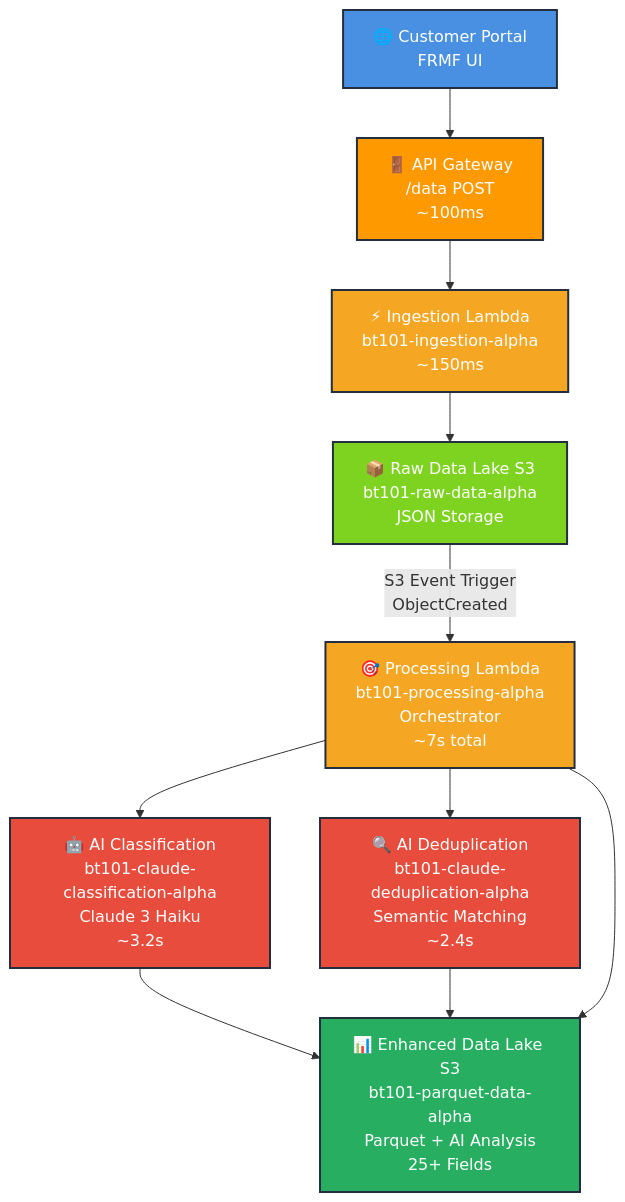
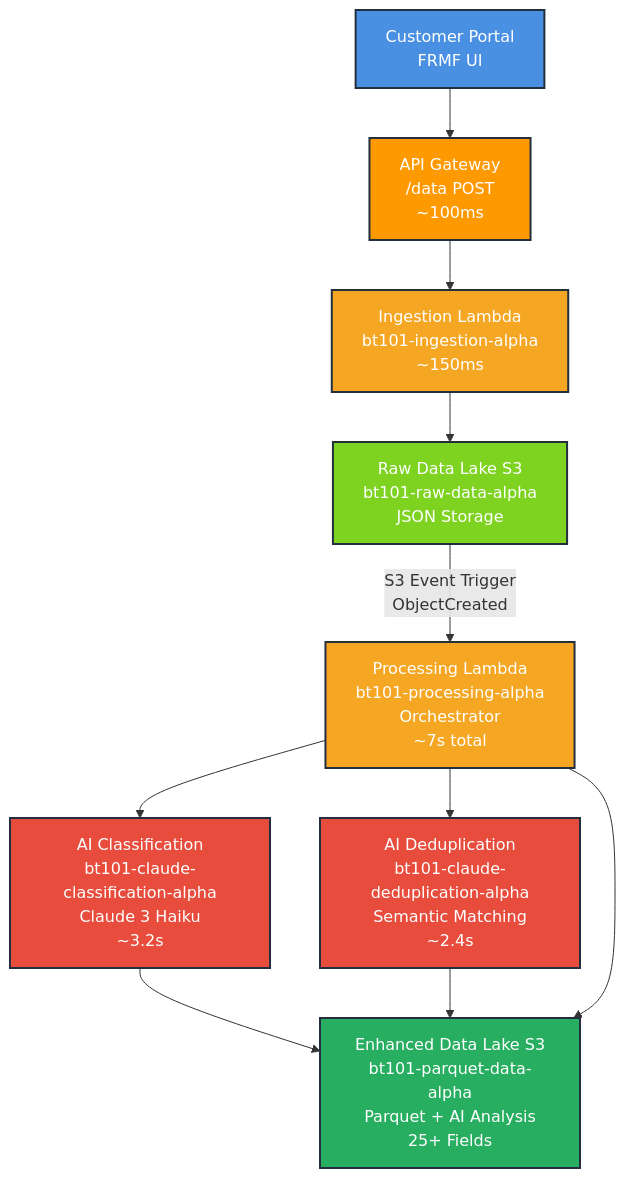
Before and after one commit to rajeshpc1/frmf-POC: the diagram in FRMF_Architecture_Mermaid.md, drawn with Mermaid. The commit also changed 4 other files, not shown here.

````diff
--- a/FRMF_Architecture_Mermaid.md
+++ b/FRMF_Architecture_Mermaid.md
@@ -5,38 +5,38 @@
 ```mermaid
 graph TD
     %% Customer Interface
-    A[🌐 Customer Portal<br/>FRMF UI] --> B[🚪 API Gateway<br/>/data POST<br/>~100ms]
+    A[ Customer Portal<br/>FRMF UI] --> B[ API Gateway<br/>/data POST<br/>~100ms]
     
     %% Ingestion Layer
-    B --> C[⚡ Ingestion Lambda<br/>bt101-ingestion-alpha<br/>~150ms]
+    B --> C[ Ingestion Lambda<br/>bt101-ingestion-alpha<br/>~150ms]
     
     %% Raw Data Storage
-    C --> D[📦 Raw Data Lake S3<br/>bt101-raw-data-alpha<br/>JSON Storage]
+    C --> D[ Raw Data Lake S3<br/>bt101-raw-data-alpha<br/>JSON Storage]
     
     %% S3 Event Trigger
-    D -->|S3 Event Trigger<br/>ObjectCreated| E[🎯 Processing Lambda<br/>bt101-processing-alpha<br/>Orchestrator<br/>~7s total]
+    D -->|S3 Event Trigger<br/>ObjectCreated| E[ Processing Lambda<br/>bt101-processing-alpha<br/>Orchestrator<br/>~7s total]
     
     %% AI Processing Layer
-    E --> F[🤖 AI Classification<br/>bt101-claude-classification-alpha<br/>Claude 3 Haiku<br/>~3.2s]
-    E --> G[🔍 AI Deduplication<br/>bt101-claude-deduplication-alpha<br/>Semantic Matching<br/>~2.4s]
+    E --> F[ AI Classification<br/>bt101-claude-classification-alpha<br/>Claude 3 Haiku<br/>~3.2s]
+    E --> G[ AI Deduplication<br/>bt101-claude-deduplication-alpha<br/>Semantic Matching<br/>~2.4s]
     
     %% Enhanced Data Storage
-    F --> H[📊 Enhanced Data Lake S3<br/>bt101-parquet-data-alpha<br/>Parquet + AI Analysis<br/>25+ Fields]
+    F --> H[ Enhanced Data Lake S3<br/>bt101-parquet-data-alpha<br/>Parquet + AI Analysis<br/>25+ Fields]
     G --> H
     E --> H
     
     %% Styling
     classDef portal fill:#4A90E2,stroke:#232F3E,stroke-width:2px,color:#fff
     classDef aws fill:#FF9900,stroke:#232F3E,stroke-width:2px,color:#fff
     classDef lambda fill:#F5A623,stroke:#232F3E,stroke-width:2px,color:#fff
     classDef storage fill:#7ED321,stroke:#232F3E,stroke-width:2px,color:#fff
     classDef ai fill:#E74C3C,stroke:#232F3E,stroke-width:2px,color:#fff
     classDef enhanced fill:#27AE60,stroke:#232F3E,stroke-width:2px,color:#fff
     
     class A portal
     class B aws
     class C,E lambda
     class D storage
     class F,G ai
     class H enhanced
 ```
````
